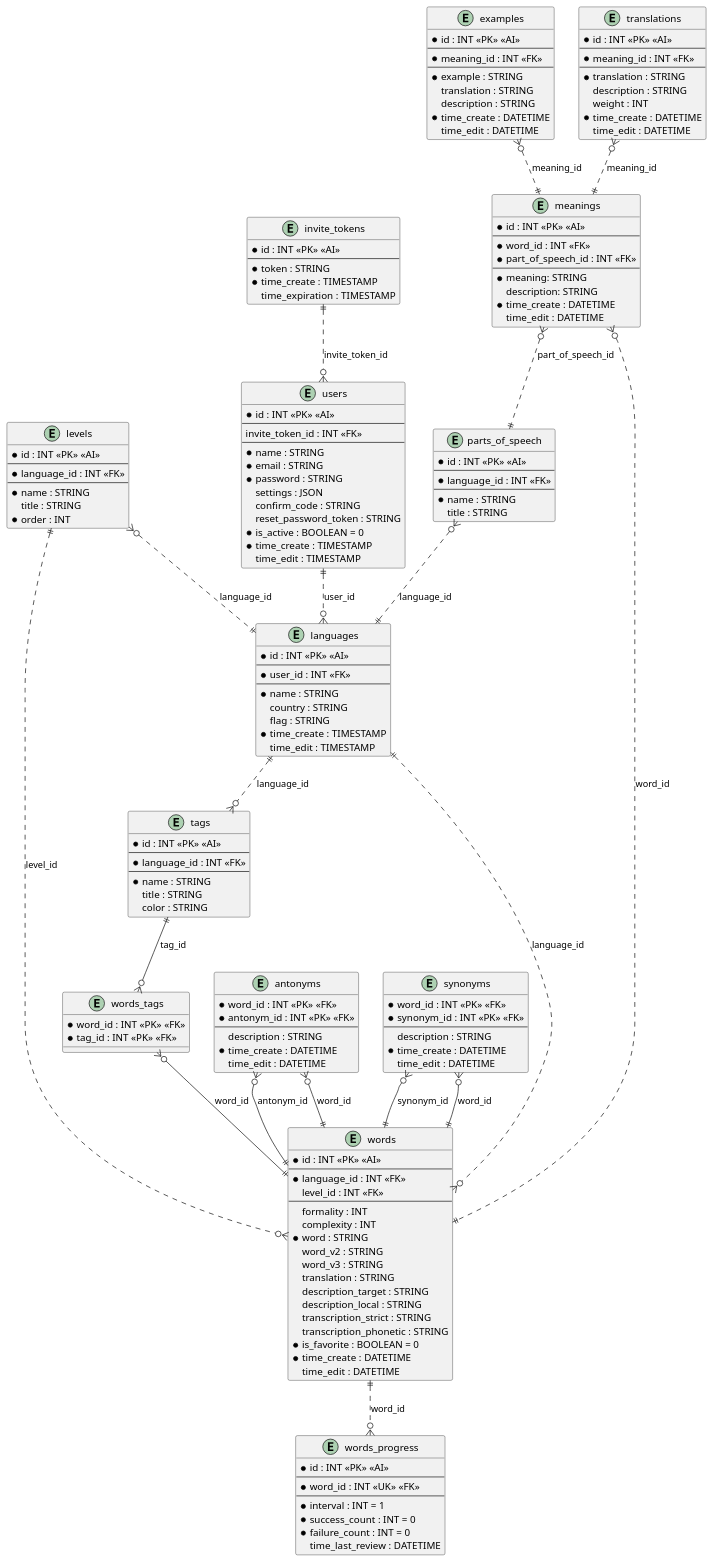
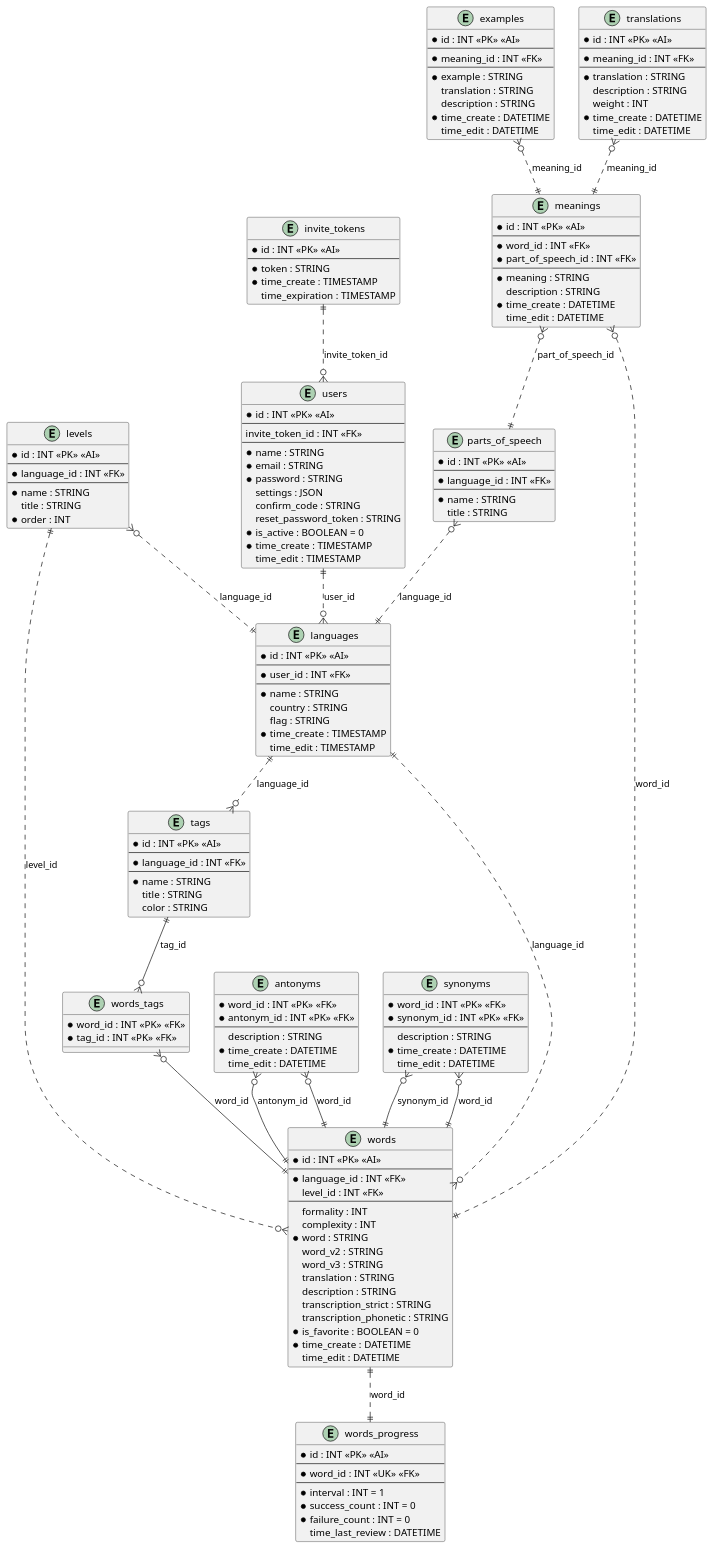
One commit to ewwmy/dictionary changed the diagram in database/model/dictionary.puml. Above: the diagram before and after it, drawn with PlantUML. The commit also changed 5 other files, not shown here.

```diff
--- a/database/model/dictionary.puml
+++ b/database/model/dictionary.puml
@@ -1,181 +1,180 @@
 @startuml dictionary
 
 ' this flag is used to make wires straight-angled:
 ' skinparam linetype ortho
 
 entity invite_tokens {
   * id : INT <<PK>> <<AI>>
   ---
   * token : STRING
   * time_create : TIMESTAMP
   time_expiration : TIMESTAMP
 }
 
 entity users {
   * id : INT <<PK>> <<AI>>
   ---
   invite_token_id : INT <<FK>>
   ---
   * name : STRING
   * email : STRING
   * password : STRING
   settings : JSON
   confirm_code : STRING
   reset_password_token : STRING
   * is_active : BOOLEAN = 0
   * time_create : TIMESTAMP
   time_edit : TIMESTAMP
 }
 
 entity languages {
   * id : INT <<PK>> <<AI>>
   ---
   * user_id : INT <<FK>>
   ---
   * name : STRING
   country : STRING
   flag : STRING
   * time_create : TIMESTAMP
   time_edit : TIMESTAMP
 }
 
 entity tags {
   * id : INT <<PK>> <<AI>>
   ---
   * language_id : INT <<FK>>
   ---
   * name : STRING
   title : STRING
   color : STRING
 }
 
 entity words_tags {
   * word_id : INT <<PK>> <<FK>>
   * tag_id : INT <<PK>> <<FK>>
 }
 
 entity words_progress {
   * id : INT <<PK>> <<AI>>
   ---
   * word_id : INT <<UK>> <<FK>>
   ---
   * interval : INT = 1
   * success_count : INT = 0
   * failure_count : INT = 0
   time_last_review : DATETIME
 }
 
 entity antonyms {
   * word_id : INT <<PK>> <<FK>>
   * antonym_id : INT <<PK>> <<FK>>
   ---
   description : STRING
   * time_create : DATETIME
   time_edit : DATETIME
 }
 
 entity synonyms {
   * word_id : INT <<PK>> <<FK>>
   * synonym_id : INT <<PK>> <<FK>>
   ---
   description : STRING
   * time_create : DATETIME
   time_edit : DATETIME
 }
 
 entity words {
   * id : INT <<PK>> <<AI>>
   ---
   * language_id : INT <<FK>>
   level_id : INT <<FK>>
   ---
   formality : INT
   complexity : INT
   * word : STRING
   word_v2 : STRING
   word_v3 : STRING
   translation : STRING
-  description_target : STRING
-  description_local : STRING
+  description : STRING
   transcription_strict : STRING
   transcription_phonetic : STRING
   * is_favorite : BOOLEAN = 0
   * time_create : DATETIME
   time_edit : DATETIME
 }
 
 entity levels {
   * id : INT <<PK>> <<AI>>
   ---
   * language_id : INT <<FK>>
   ---
   * name : STRING
   title : STRING
   * order : INT
 }
 
 entity parts_of_speech {
   * id : INT <<PK>> <<AI>>
   ---
   * language_id : INT <<FK>>
   ---
   * name : STRING
   title : STRING
 }
 
 entity examples {
   * id : INT <<PK>> <<AI>>
   ---
   * meaning_id : INT <<FK>>
   ---
   * example : STRING
   translation : STRING
   description : STRING
   * time_create : DATETIME
   time_edit : DATETIME
 }
 
 entity translations {
   * id : INT <<PK>> <<AI>>
   ---
   * meaning_id : INT <<FK>>
   ---
   * translation : STRING
   description : STRING
   weight : INT
   * time_create : DATETIME
   time_edit : DATETIME
 }
 
 entity meanings {
   * id : INT <<PK>> <<AI>>
   ---
   * word_id : INT <<FK>>
   * part_of_speech_id : INT <<FK>>
   ---
-  * meaning: STRING
-  description: STRING
+  * meaning : STRING
+  description : STRING
   * time_create : DATETIME
   time_edit : DATETIME
 }
 
 invite_tokens ||..o{ users : "invite_token_id"
 users ||..o{ languages : "user_id"
 languages ||..o{ tags : "language_id"
 languages ||..o{ words : "language_id"
 tags ||--o{ words_tags : "tag_id"
 words_tags }o--|| words : "word_id"
 antonyms }o--|| words : "word_id"
 antonyms }o--|| words : "antonym_id"
 synonyms }o--|| words : "word_id"
 synonyms }o--|| words : "synonym_id"
-words ||..o{ words_progress : "word_id"
+words ||..|| words_progress : "word_id"
 meanings }o..|| words : "word_id"
 examples }o..|| meanings : "meaning_id"
 translations }o..|| meanings : "meaning_id"
 meanings }o..|| parts_of_speech : "part_of_speech_id"
 parts_of_speech }o..|| languages : "language_id"
 levels }o..|| languages : "language_id"
 levels ||..o{ words : "level_id"
 
 @enduml
```
